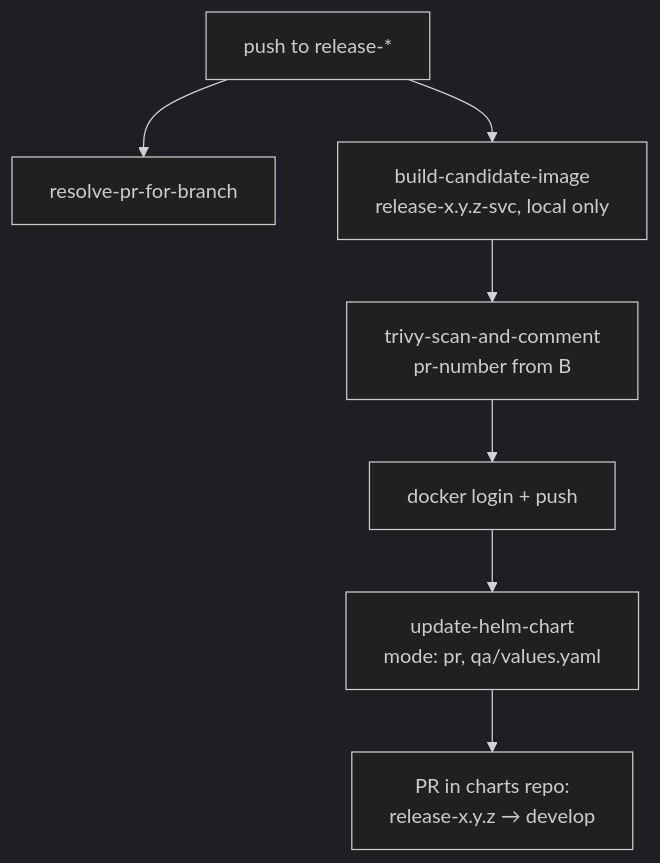
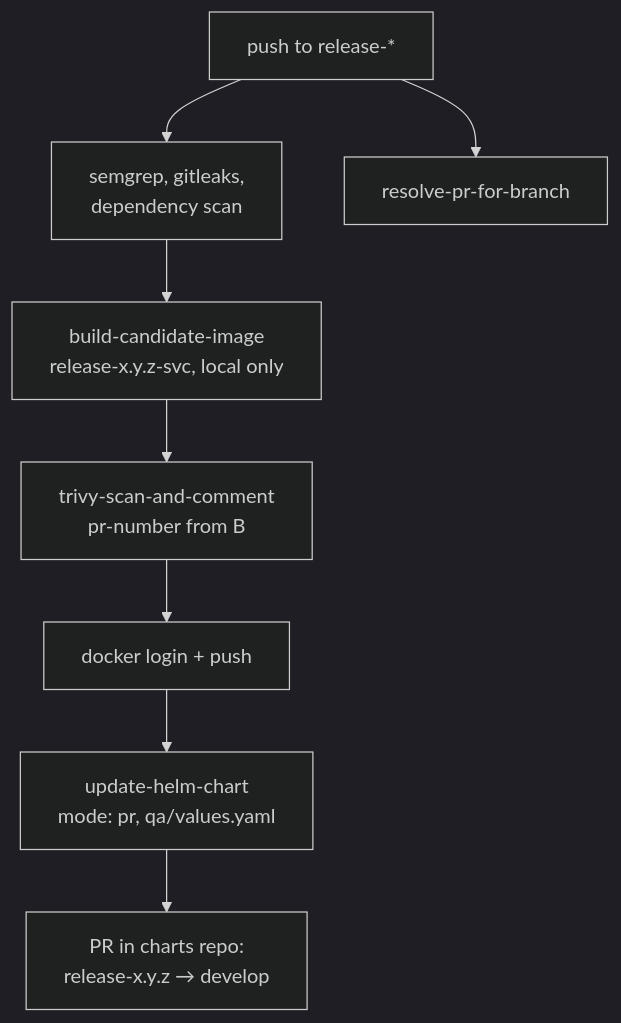
The diagram in docs/using/qa-release.md (atkaridarshan04/shared-ci-actions), drawn with Mermaid (dark theme) before and after one commit. The commit also changed other lines of this file and 5 other files, not shown here.

````diff
--- a/docs/using/qa-release.md
+++ b/docs/using/qa-release.md
@@ -15,9 +15,10 @@
 ```mermaid
 flowchart TD
-    A["push to release-*"] --> B["resolve-pr-for-branch"]
-    A --> C["build-candidate-image<br/>release-x.y.z-svc, local only"]
+    A["push to release-*"] --> S["semgrep, gitleaks,<br/>dependency scan"]
+    S --> C["build-candidate-image<br/>release-x.y.z-svc, local only"]
+    A --> B["resolve-pr-for-branch"]
     C --> D["trivy-scan-and-comment<br/>pr-number from B"]
     D --> E["docker login + push"]
     E --> F["update-helm-chart<br/>mode: pr, qa/values.yaml"]
     F --> G["PR in charts repo:<br/>release-x.y.z → develop"]
 ```
````
